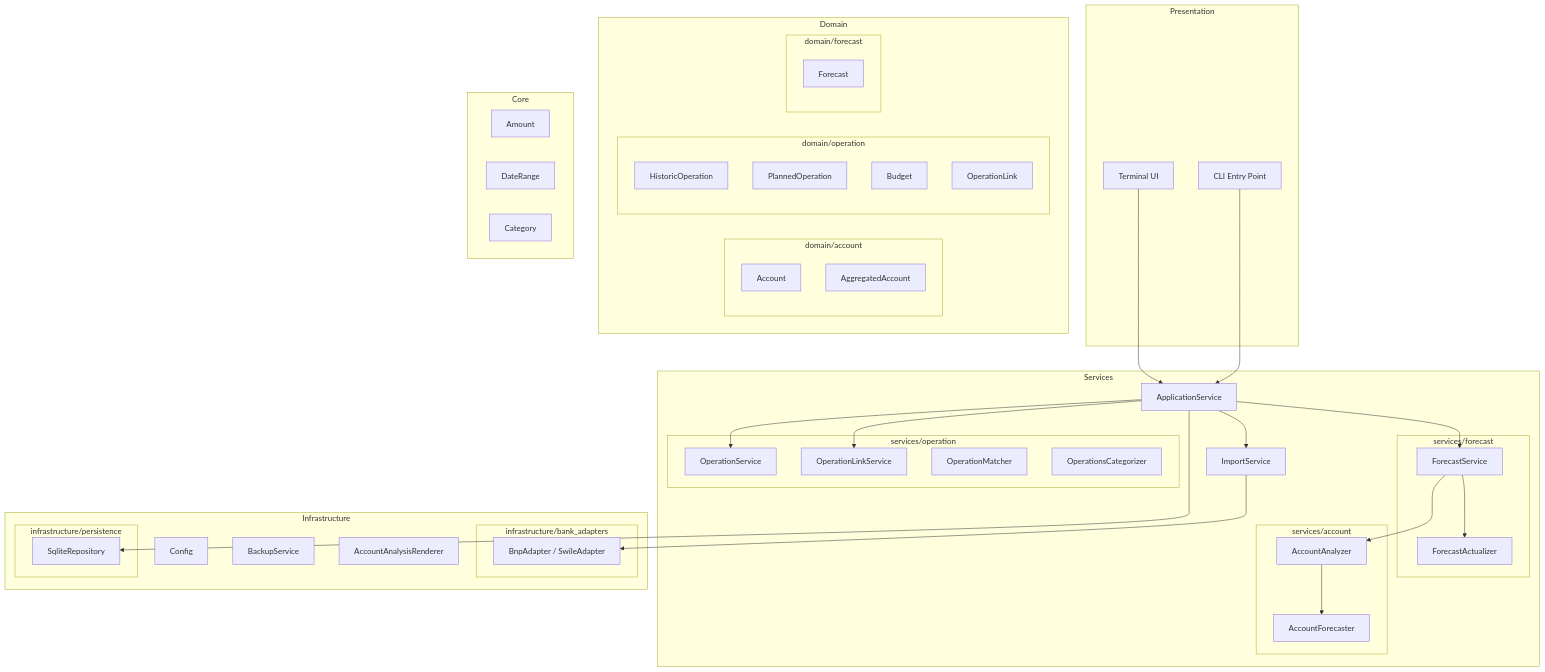
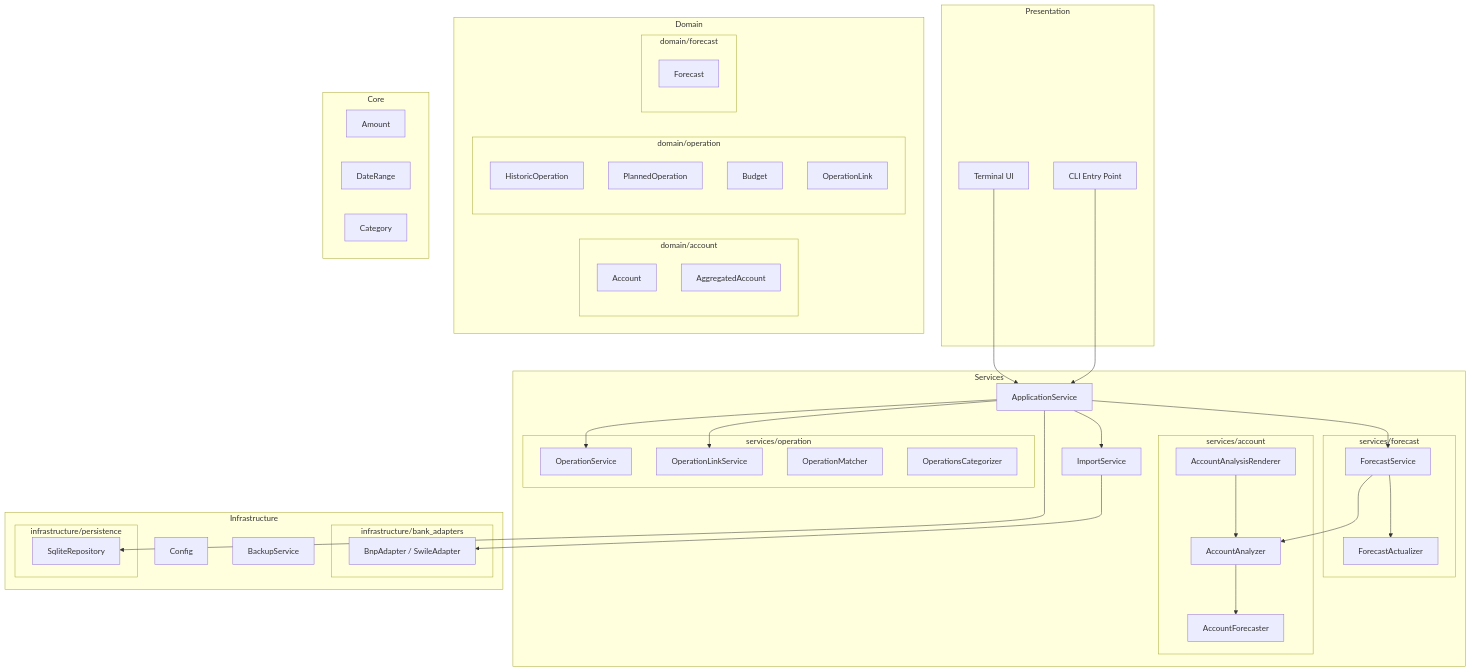
Before and after one commit to corentin-core/budget-forecaster: the diagram in docs/dev/architecture.md, drawn with Mermaid. The commit also changed other lines of this file and 6 other files, not shown here.

First line of the commit message:
docs: comprehensive documentation with architecture fixes and new guides (#181)

````diff
--- a/docs/dev/architecture.md
+++ b/docs/dev/architecture.md
@@ -20,74 +20,75 @@
 ```mermaid
 graph TB
     subgraph Presentation
         TUI[Terminal UI]
         CLI[CLI Entry Point]
     end
 
     subgraph Services
         AS[ApplicationService]
         subgraph services/forecast
             FS[ForecastService]
             FA[ForecastActualizer]
         end
         subgraph services/account
             AF[AccountForecaster]
             AN[AccountAnalyzer]
+            RND[AccountAnalysisRenderer]
         end
         subgraph services/operation
             OS[OperationService]
             OLS[OperationLinkService]
             OM[OperationMatcher]
             OC[OperationsCategorizer]
         end
         IS[ImportService]
     end
 
     subgraph Domain
         subgraph domain/account
             AC[Account]
             AA[AggregatedAccount]
         end
 
         subgraph domain/operation
             HO[HistoricOperation]
             PO[PlannedOperation]
             BU[Budget]
             OL[OperationLink]
         end
 
         subgraph domain/forecast
             FC[Forecast]
         end
     end
 
     subgraph Core
         AM[Amount]
         TR[DateRange]
         CAT[Category]
     end
 
     subgraph Infrastructure
         subgraph infrastructure/bank_adapters
             BA[BnpAdapter / SwileAdapter]
         end
         subgraph infrastructure/persistence
             SR[SqliteRepository]
         end
         CFG[Config]
         BK[BackupService]
-        RND[AccountAnalysisRenderer]
     end
 
     TUI --> AS
     CLI --> AS
     AS --> FS
     AS --> IS
     AS --> OS
     AS --> OLS
     FS --> FA
     FS --> AN
     IS --> BA
     AS --> SR
     AN --> AF
+    RND --> AN
 ```
````
